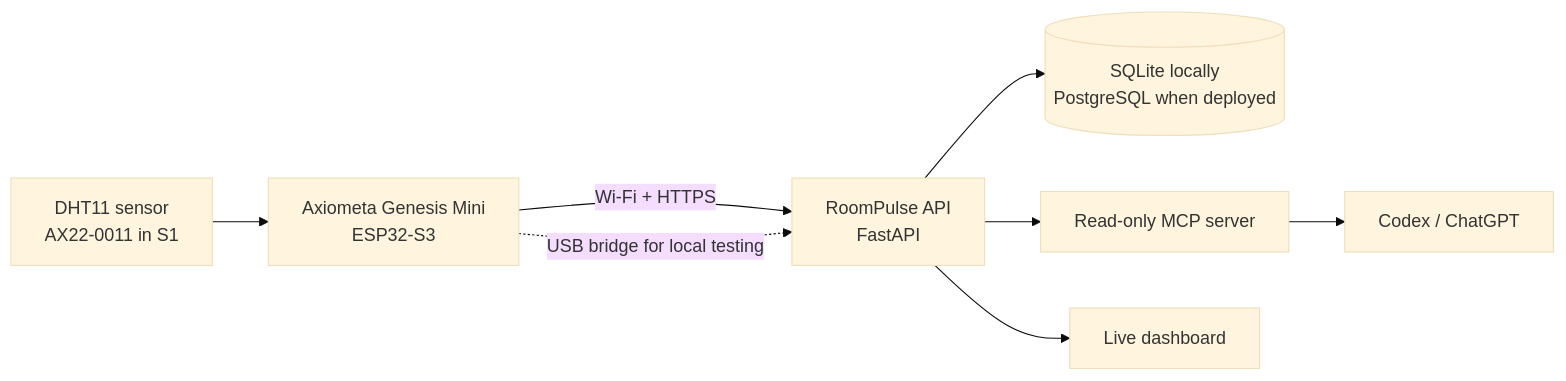
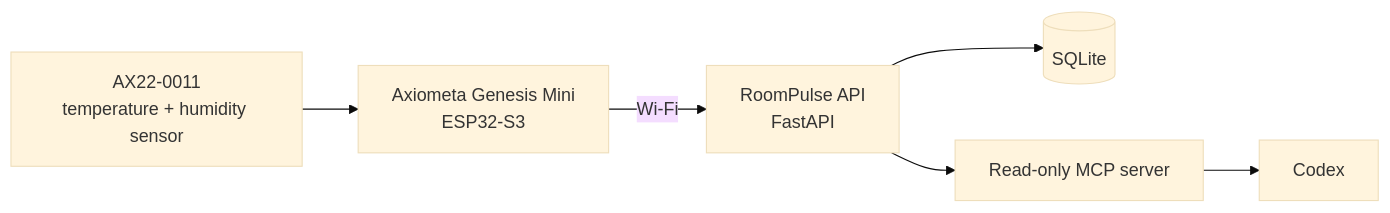
One commit to Philipnil06/roompulse changed the diagram in README.md. Above: the diagram before and after it, drawn with Mermaid (base theme). The commit also changed other lines of this file and 24 other files, not shown here.

Commit message:
Polish RoomPulse hackathon repository

````diff
--- a/README.md
+++ b/README.md
@@ -35,10 +17,8 @@
 ```mermaid
 flowchart LR
-  S["DHT11 sensor<br/>AX22-0011 in S1"] --> G["Axiometa Genesis Mini<br/>ESP32-S3"]
-  G -->|"Wi-Fi + HTTPS"| A["RoomPulse API<br/>FastAPI"]
-  G -.->|"USB bridge for local testing"| A
-  A --> D[("SQLite locally<br/>PostgreSQL when deployed")]
+  S["AX22-0011<br/>temperature + humidity sensor"] --> G["Axiometa Genesis Mini<br/>ESP32-S3"]
+  G -->|"Wi-Fi"| A["RoomPulse API<br/>FastAPI"]
+  A --> D[("SQLite")]
   A --> M["Read-only MCP server"]
-  M --> C["Codex / ChatGPT"]
-  A --> W["Live dashboard"]
+  M --> C["Codex"]
 ```
````
